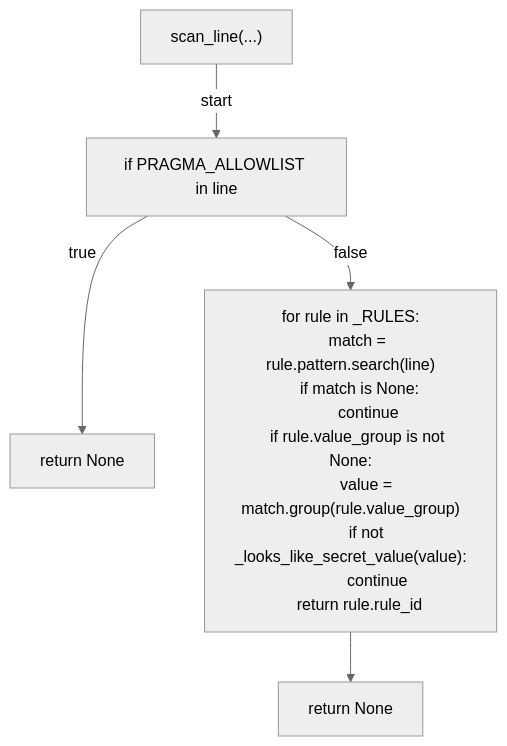
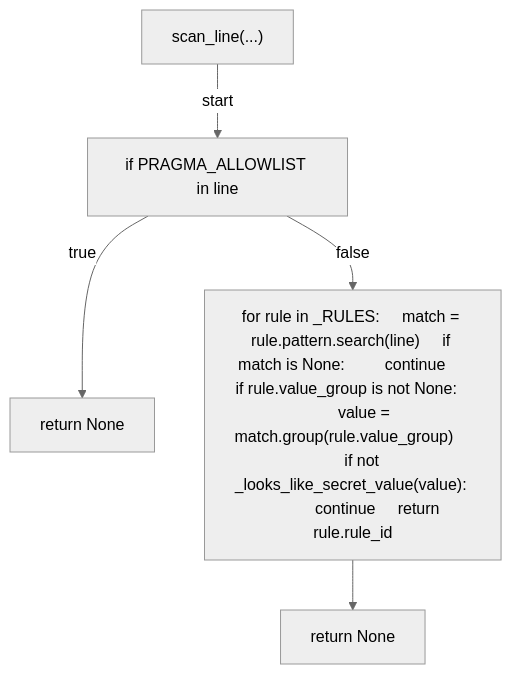
Before and after one commit to tvna/claude-md: the second of 3 diagrams in docs/generated/scripts/ast/_secret_patterns.md, drawn with Mermaid (neutral theme). The commit also changed other lines of this file and 20 other files, not shown here.

First line of the commit message:
docs(generated): regenerate decision tree and workflow diagrams (batch 1/5)

````diff
--- a/docs/generated/scripts/ast/_secret_patterns.md
+++ b/docs/generated/scripts/ast/_secret_patterns.md
@@ -30,20 +30,12 @@
 ```mermaid
 flowchart TD
     N001["scan_line(...)"]
     N002["if PRAGMA_ALLOWLIST in line"]
     N003["return None"]
-    N004["for rule in _RULES:
-    match = rule.pattern.search(line)
-    if match is None:
-        continue
-    if rule.value_group is not None:
-        value = match.group(rule.value_group)
-        if not _looks_like_secret_value(value):
-            continue
-    return rule.rule_id"]
+    N004["for rule in _RULES:     match = rule.pattern.search(line)     if match is None:         continue     if rule.value_group is not None:         value = match.group(rule.value_group)         if not _looks_like_secret_value(value):             continue     return rule.rule_id"]
     N005["return None"]
     N001 -->|"start"| N002
     N002 -->|"true"| N003
     N002 -->|"false"| N004
     N004 --> N005
 ```
````
